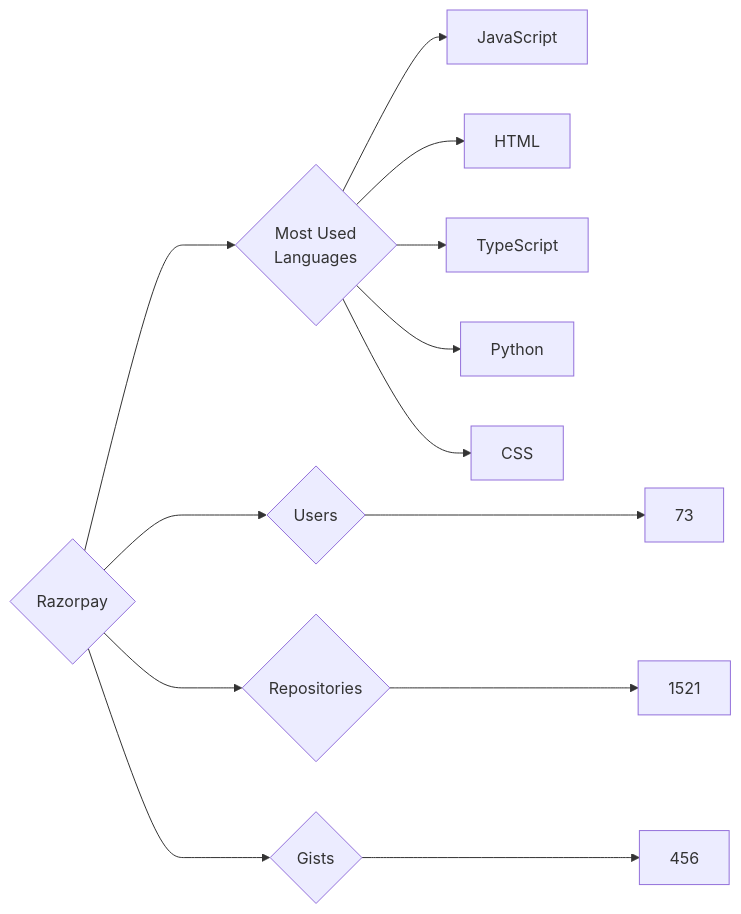
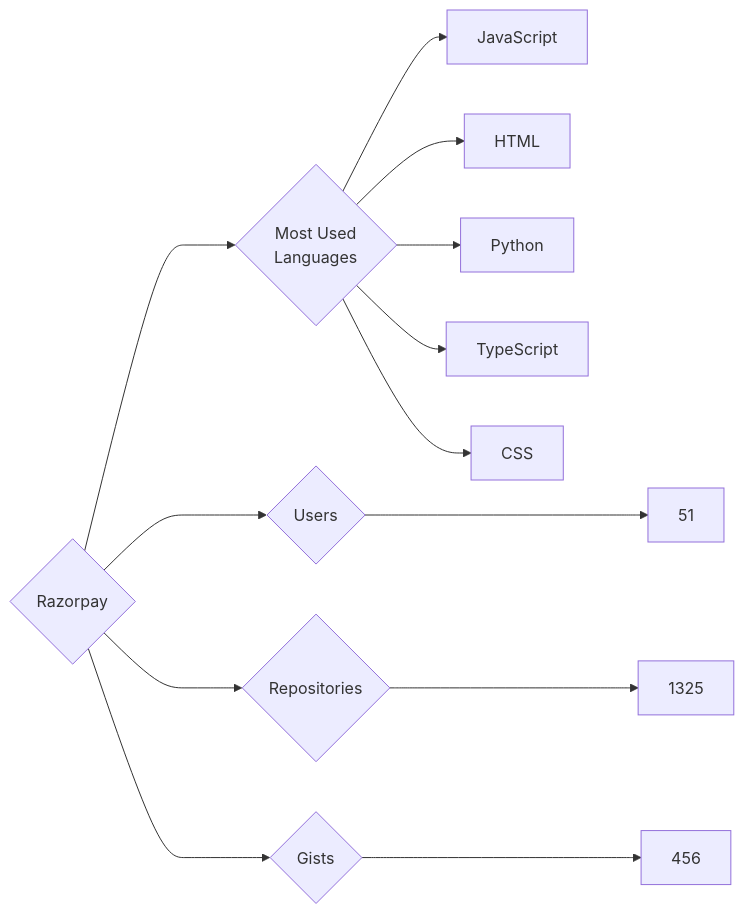
The diagram in targets/Razorpay/README.md (trickest/insiders), drawn with Mermaid before and after one commit. The commit also changed 898 other files, not shown here.

````diff
--- a/targets/Razorpay/README.md
+++ b/targets/Razorpay/README.md
@@ -3,13 +3,13 @@
 ```mermaid
 graph LR
 COMPANY_NAME{Razorpay}
-COMPANY_NAME ---> U{Users} ---> UN[73]
-COMPANY_NAME ---> R{Repositories} ---> RN[1521]
+COMPANY_NAME ---> U{Users} ---> UN[51]
+COMPANY_NAME ---> R{Repositories} ---> RN[1325]
 COMPANY_NAME ---> G{Gists} ---> GN[456]
 COMPANY_NAME ---> ML{Most Used<br>Languages}
 ML --> JavaScript[JavaScript]
 ML --> HTML[HTML]
+ML --> Python[Python]
 ML --> TypeScript[TypeScript]
-ML --> Python[Python]
 ML --> CSS[CSS]
 ```
````
